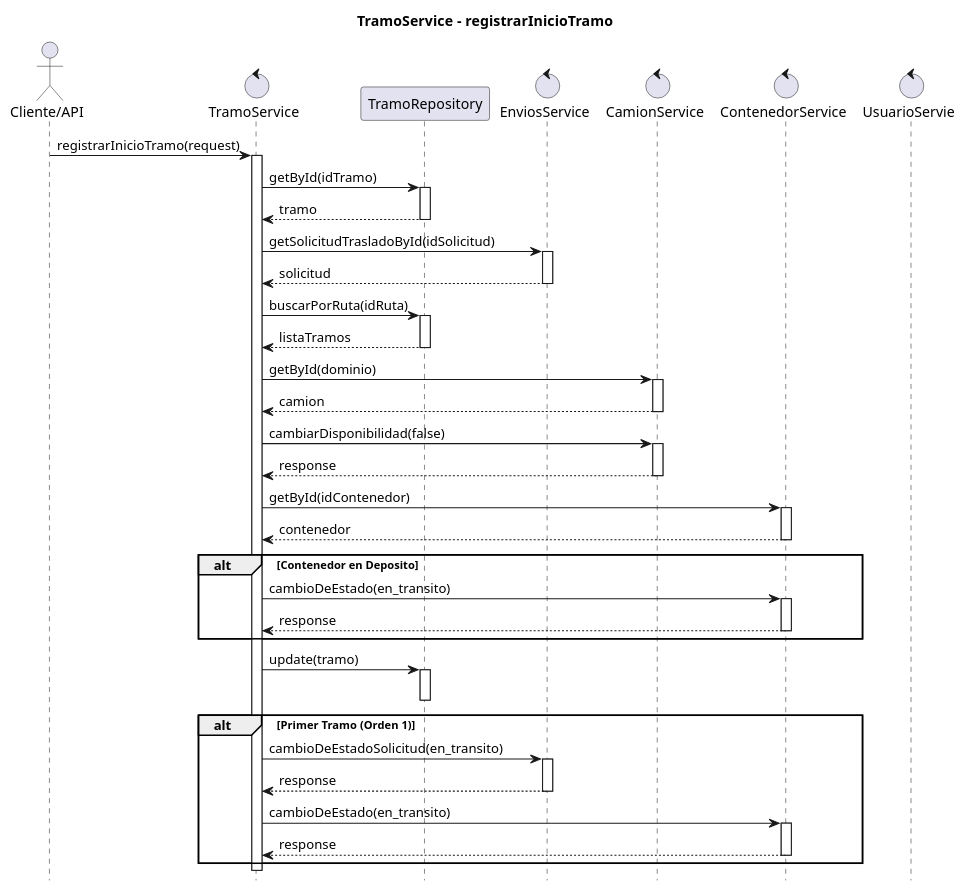
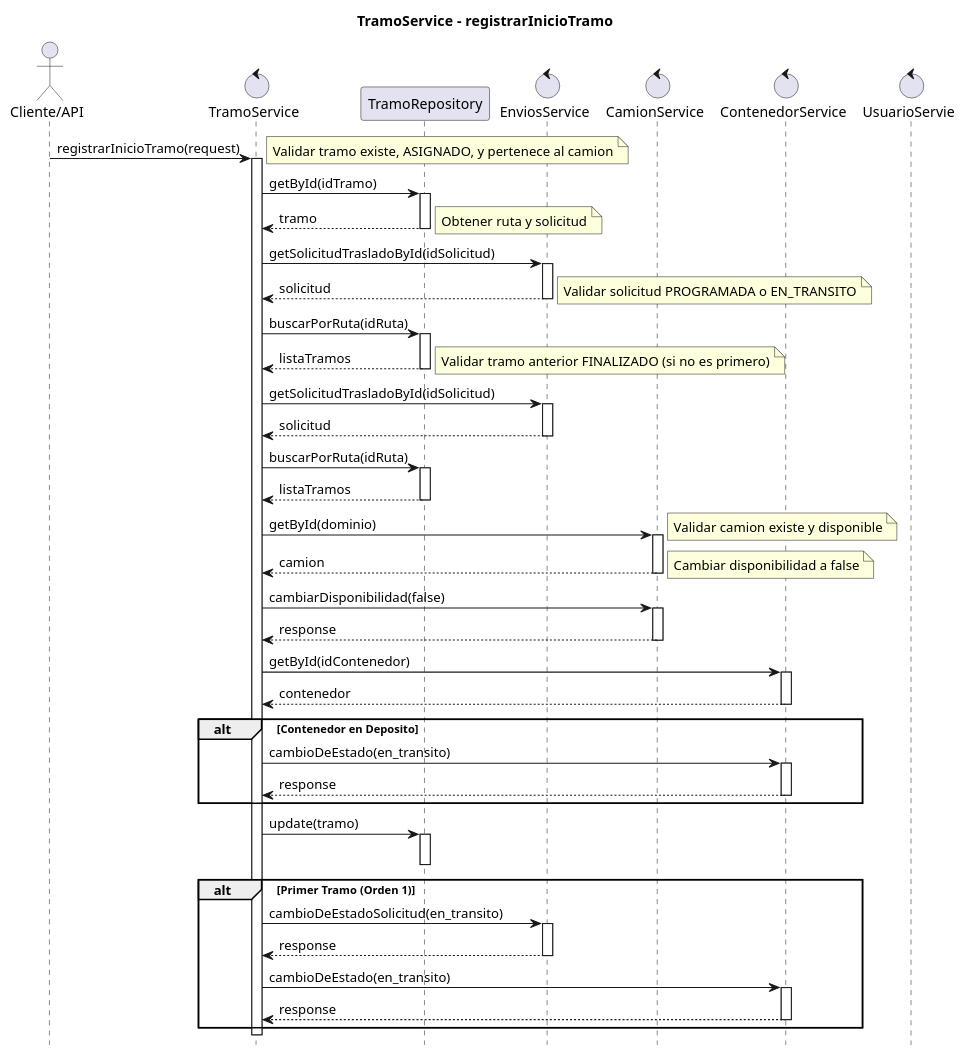
The diagram in diagramas/registrarInicioTramo.puml (JulianTs0/contenedores-api), drawn with PlantUML before and after one commit. The commit also changed 16 other files, not shown here.

Commit message:
Se actualizaron los diagramas

```diff
--- a/diagramas/registrarInicioTramo.puml
+++ b/diagramas/registrarInicioTramo.puml
@@ -1,71 +1,93 @@
 @startuml
 title TramoService - registrarInicioTramo
 
 hide footbox
 
 actor "Cliente/API" as C
 control "TramoService" as TS
 participant "TramoRepository" as TR
 control "EnviosService" as ES
 control "CamionService" as CMS
 control "ContenedorService" as CS
 control "UsuarioServie" as US
 
 C -> TS: registrarInicioTramo(request)
+
 activate TS
+
+note right: Validar tramo existe, ASIGNADO, y pertenece al camion
 
 TS -> TR: getById(idTramo)
 activate TR
 TR --> TS: tramo
 deactivate TR
+
+note right: Obtener ruta y solicitud
+
+TS -> ES: getSolicitudTrasladoById(idSolicitud)
+activate ES
+ES --> TS: solicitud
+deactivate ES
+
+note right: Validar solicitud PROGRAMADA o EN_TRANSITO
+
+TS -> TR: buscarPorRuta(idRuta)
+activate TR
+TR --> TS: listaTramos
+deactivate TR
+
+note right: Validar tramo anterior FINALIZADO (si no es primero)
 
 TS -> ES: getSolicitudTrasladoById(idSolicitud)
 activate ES
 ES --> TS: solicitud
 deactivate ES
 
 TS -> TR: buscarPorRuta(idRuta)
 activate TR
 TR --> TS: listaTramos
 deactivate TR
 
 TS -> CMS: getById(dominio)
 activate CMS
+note right: Validar camion existe y disponible
 CMS --> TS: camion
 deactivate CMS
+
+note right: Cambiar disponibilidad a false
 
 TS -> CMS: cambiarDisponibilidad(false)
 activate CMS
 CMS --> TS: response
 deactivate CMS
 
 TS -> CS: getById(idContenedor)
 activate CS
 CS --> TS: contenedor
 deactivate CS
 
 alt Contenedor en Deposito
     TS -> CS: cambioDeEstado(en_transito)
     activate CS
     CS --> TS: response
     deactivate CS
 end
 
 TS -> TR: update(tramo)
 activate TR
 deactivate TR
 
 alt Primer Tramo (Orden 1)
     TS -> ES: cambioDeEstadoSolicitud(en_transito)
     activate ES
     ES --> TS: response
     deactivate ES
 
     TS -> CS: cambioDeEstado(en_transito)
     activate CS
     CS --> TS: response
     deactivate CS
 end
 
 deactivate TS
 @enduml
```
